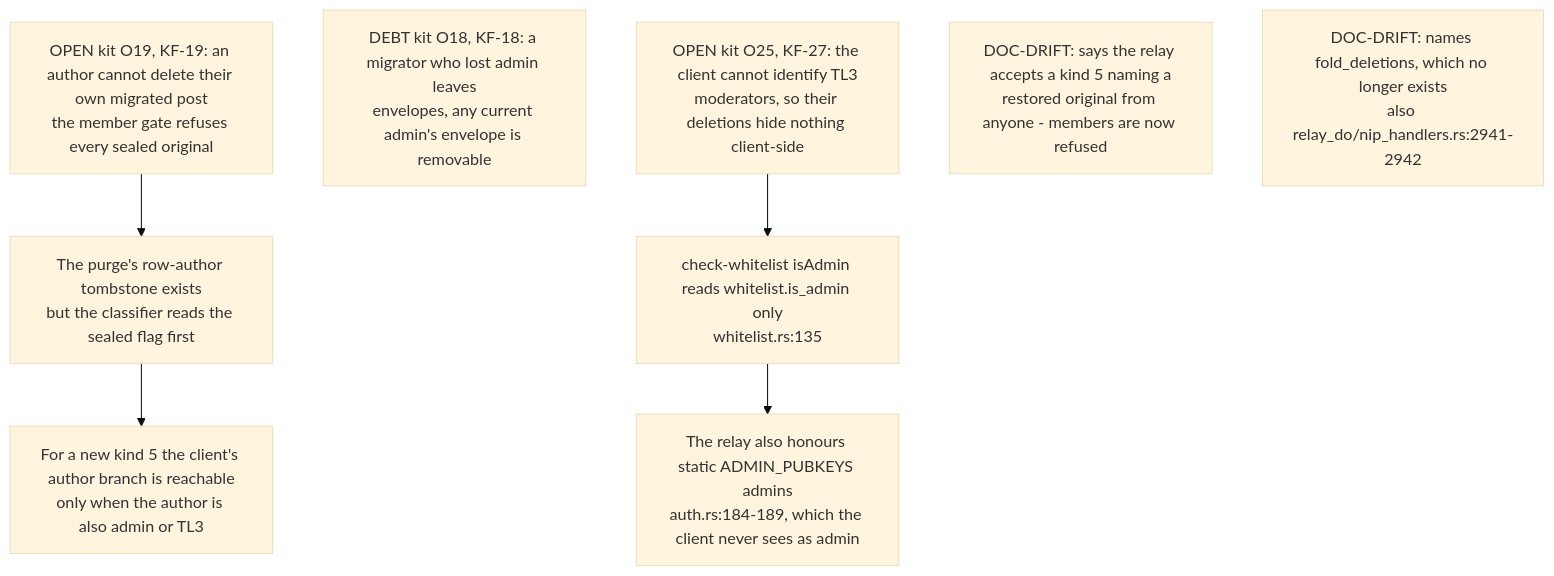
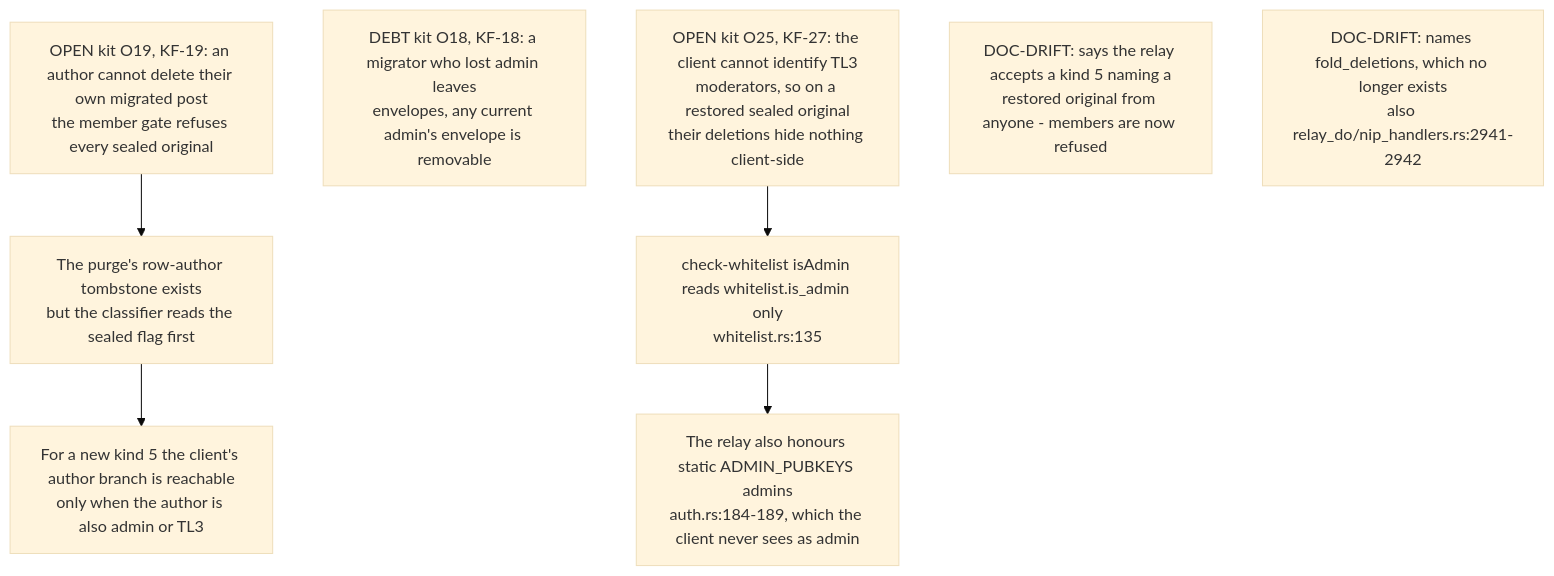
One commit to DreamLab-AI/VisionFlow changed the eighth of 8 diagrams in docs/diagrams/nostr-rust-forum/26-sealed-history-migration-and-reader-contracts.md. Above: the diagram before and after it, drawn with Mermaid (base theme). The commit also changed other lines of this file and 1 other file, not shown here.

First line of the commit message:
docs(diagrams): NF-03 and NF-26 review fixes

````diff
--- a/docs/diagrams/nostr-rust-forum/26-sealed-history-migration-and-reader-contracts.md
+++ b/docs/diagrams/nostr-rust-forum/26-sealed-history-migration-and-reader-contracts.md
@@ -199,26 +202,26 @@
 ```mermaid
 flowchart TB
     %% Source: ../nostr-rust-forum/crates/nostr-bbs-relay-worker/src/relay_do/nip_handlers.rs:2963
     O19["OPEN kit O19, KF-19: an author cannot delete their own migrated post<br/>the member gate refuses every sealed original"]
     %% Source: ../nostr-rust-forum/crates/nostr-bbs-relay-worker/src/lib.rs:870
     O19B["The purge's row-author tombstone exists<br/>but the classifier reads the sealed flag first"]
     %% Source: ../nostr-rust-forum/crates/nostr-bbs-forum-client/src/stores/tombstones.rs:121
     DEAD["For a new kind 5 the client's author branch is reachable<br/>only when the author is also admin or TL3"]
     %% Source: ../nostr-rust-forum/crates/nostr-bbs-relay-worker/src/relay_do/nip_handlers.rs:3396
     O18["DEBT kit O18, KF-18: a migrator who lost admin leaves<br/>envelopes, any current admin's envelope is removable"]
     %% Source: ../nostr-rust-forum/crates/nostr-bbs-forum-client/src/stores/tombstones.rs:17
-    O25["OPEN kit O25, KF-27: the client cannot identify TL3<br/>moderators, so their deletions hide nothing client-side"]
+    O25["OPEN kit O25, KF-27: the client cannot identify TL3<br/>moderators, so on a restored sealed original<br/>their deletions hide nothing client-side"]
     %% Source: ../nostr-rust-forum/crates/nostr-bbs-relay-worker/src/whitelist.rs:180
     O25B["check-whitelist isAdmin reads whitelist.is_admin only<br/>whitelist.rs:135"]
     %% Source: ../nostr-rust-forum/crates/nostr-bbs-relay-worker/src/auth.rs:184
     O25C["The relay also honours static ADMIN_PUBKEYS admins<br/>auth.rs:184-189, which the client never sees as admin"]
     %% Source: ../nostr-rust-forum/crates/nostr-bbs-forum-client/src/stores/tombstones.rs:13
     DRIFT1["DOC-DRIFT: says the relay accepts a kind 5 naming a<br/>restored original from anyone - members are now refused"]
     %% Source: ../nostr-rust-forum/crates/nostr-bbs-relay-worker/src/admin_events.rs:18
     DRIFT2["DOC-DRIFT: names fold_deletions, which no longer exists<br/>also relay_do/nip_handlers.rs:2941-2942"]
     O19 --> O19B --> DEAD
     O25 --> O25B --> O25C
     O18
     DRIFT1
     DRIFT2
 ```
````
